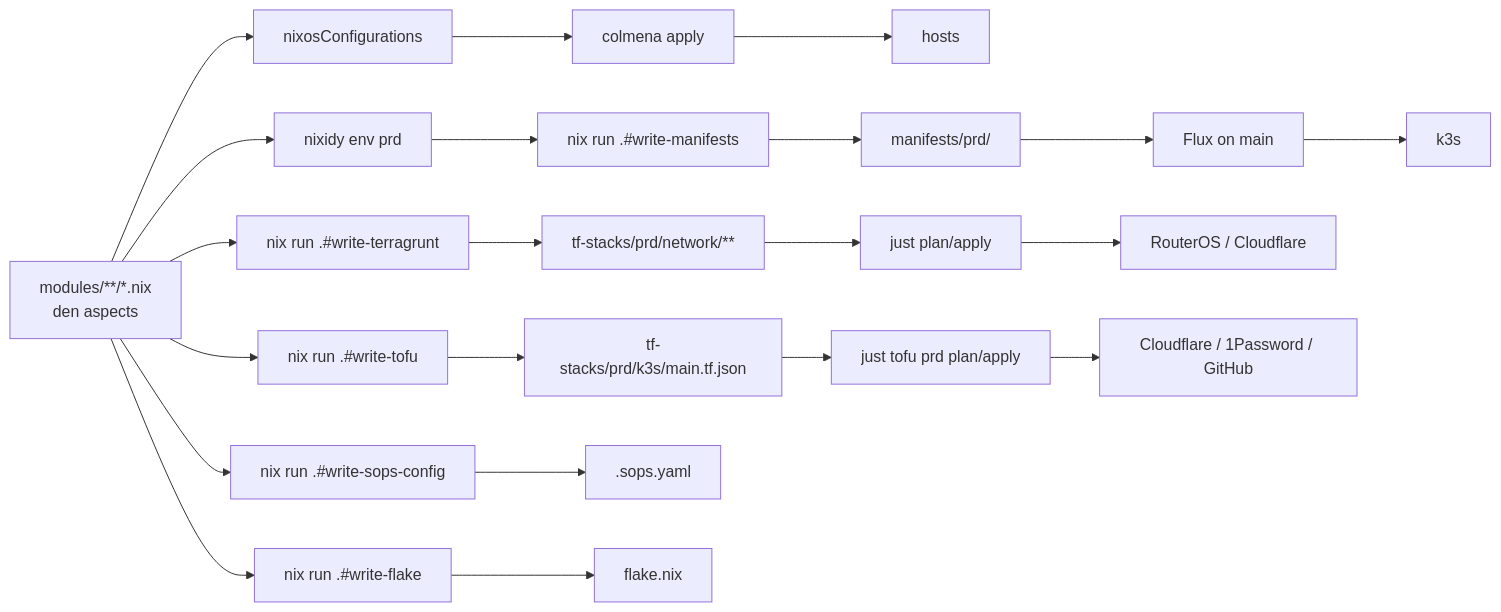
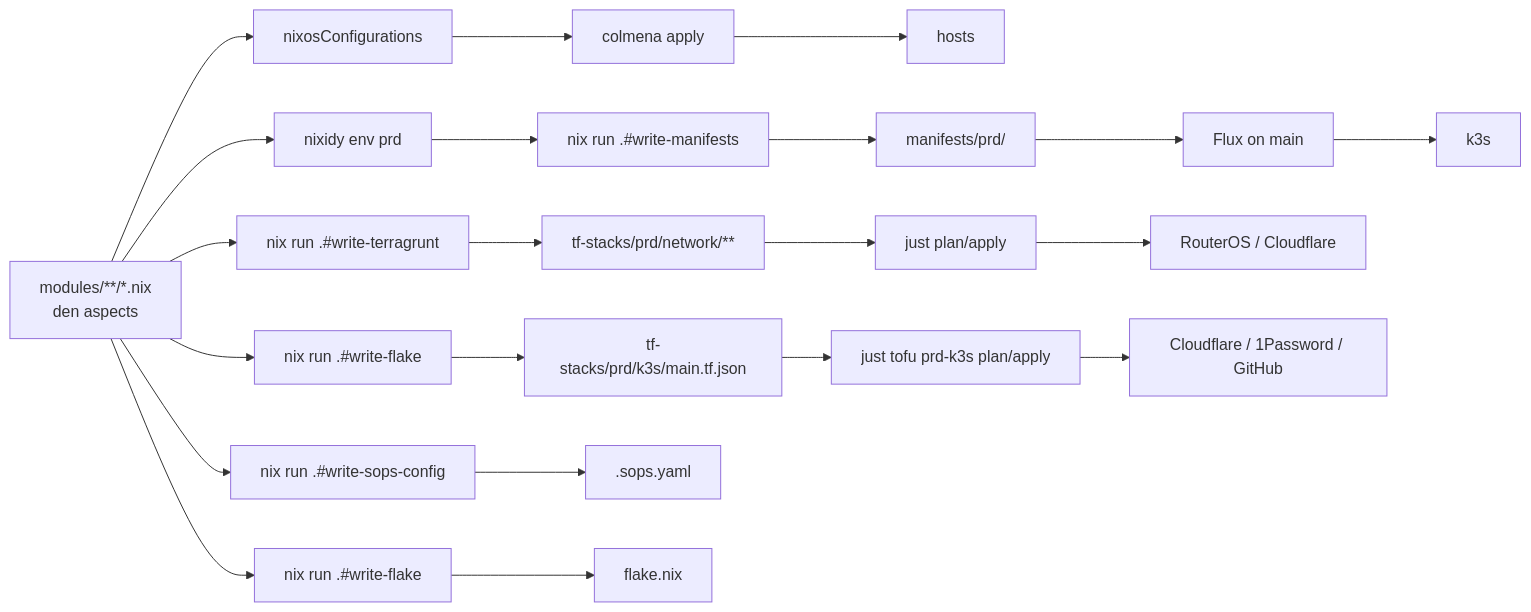
The diagram in AGENTS.md (kid/home-ops), drawn with Mermaid before and after one commit. The commit also changed other lines of this file and 4 other files, not shown here.

First line of the commit message:
feat(tofu): name stacks after their directory, write them from write-flake

````diff
--- a/AGENTS.md
+++ b/AGENTS.md
@@ -16,9 +16,9 @@
 ```mermaid
 flowchart LR
   M[modules/**/*.nix<br/>den aspects] --> N[nixosConfigurations] --> C[colmena apply] --> H[hosts]
   M --> X[nixidy env prd] --> W[nix run .#write-manifests] --> MP[manifests/prd/] --> F[Flux on main] --> K[k3s]
   M --> T[nix run .#write-terragrunt] --> TS[tf-stacks/prd/network/**] --> J[just plan/apply] --> R[RouterOS / Cloudflare]
-  M --> TF[nix run .#write-tofu] --> TJ[tf-stacks/prd/k3s/main.tf.json] --> JT[just tofu prd plan/apply] --> CR[Cloudflare / 1Password / GitHub]
+  M --> TF[nix run .#write-flake] --> TJ[tf-stacks/prd/k3s/main.tf.json] --> JT[just tofu prd-k3s plan/apply] --> CR[Cloudflare / 1Password / GitHub]
   M --> S[nix run .#write-sops-config] --> SY[.sops.yaml]
   M --> FF[nix run .#write-flake] --> FN[flake.nix]
 ```
````
